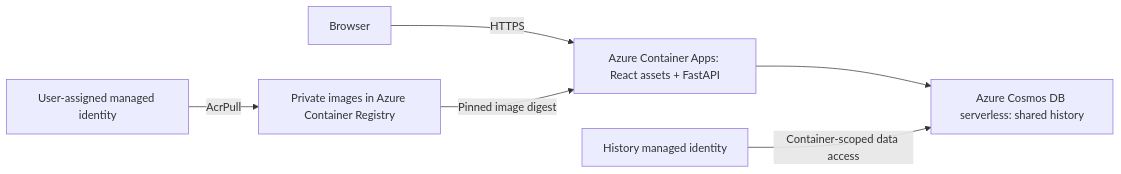
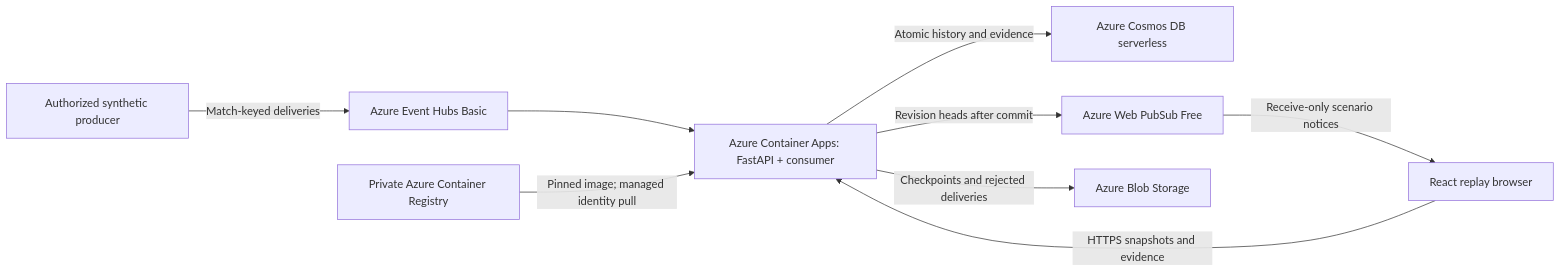
The diagram in docs/deployment.md (Haydnlee31/CounterPress), drawn with Mermaid before and after one commit. The commit also changed other lines of this file and 6 other files, not shown here.

````diff
--- a/docs/deployment.md
+++ b/docs/deployment.md
@@ -63,8 +66,11 @@
 ```mermaid
 flowchart LR
-  Browser -->|HTTPS| App[Azure Container Apps: React assets + FastAPI]
-  App --> Cosmos[Azure Cosmos DB serverless: shared history]
-  HistoryIdentity[History managed identity] -->|Container-scoped data access| Cosmos
-  Identity[User-assigned managed identity] -->|AcrPull| ACR[Private images in Azure Container Registry]
-  ACR -->|Pinned image digest| App
+  Producer[Authorized synthetic producer] -->|Match-keyed deliveries| EH[Azure Event Hubs Basic]
+  EH --> App[Azure Container Apps: FastAPI + consumer]
+  Browser[React replay browser] -->|HTTPS snapshots and evidence| App
+  App -->|Atomic history and evidence| Cosmos[Azure Cosmos DB serverless]
+  App -->|Revision heads after commit| PubSub[Azure Web PubSub Free]
+  PubSub -->|Receive-only scenario notices| Browser
+  App -->|Checkpoints and rejected deliveries| Blob[Azure Blob Storage]
+  ACR[Private Azure Container Registry] -->|Pinned image; managed identity pull| App
 ```
````
